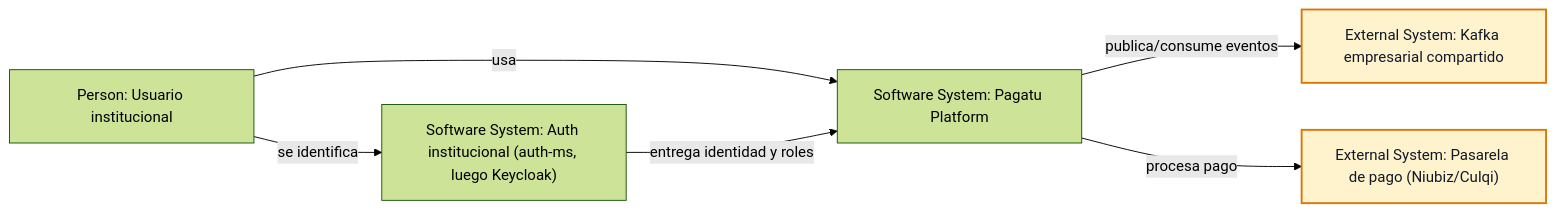
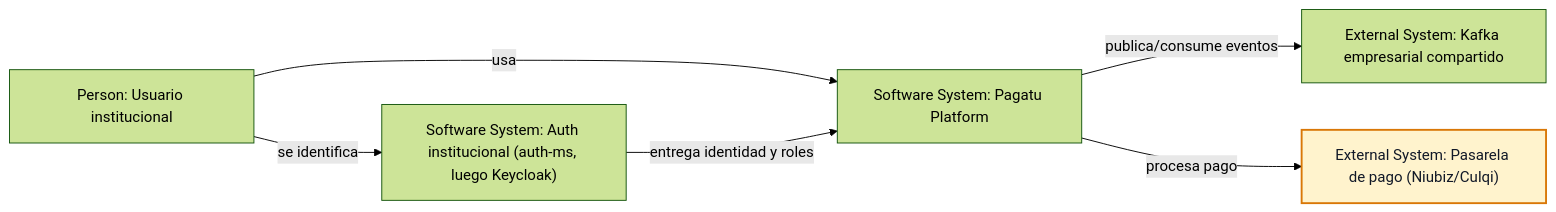
The first of 10 diagrams in README.md (262dist/pagatu), drawn with Mermaid (forest theme) before and after one commit. The commit also changed other lines of this file, not shown here.

````diff
--- a/README.md
+++ b/README.md
@@ -40,17 +40,17 @@
 ```mermaid
 flowchart LR
     auth["Software System: Auth institucional (auth-ms, luego Keycloak)"]
     usuario["Person: Usuario institucional"]
     pagatu["Software System: Pagatu Platform"]
     kafkaCorp["External System: Kafka empresarial compartido"]
     pasarela["External System: Pasarela de pago (Niubiz/Culqi)"]
 
     usuario -->|se identifica| auth
     usuario -->|usa| pagatu
     auth -->|entrega identidad y roles| pagatu
     pagatu -->|publica/consume eventos| kafkaCorp
     pagatu -->|procesa pago| pasarela
 
     classDef external fill:#fff3cd,stroke:#d97706,stroke-width:2px,color:#111827
-    class kafkaCorp,pasarela external
+    class pasarela external
 ```
````
